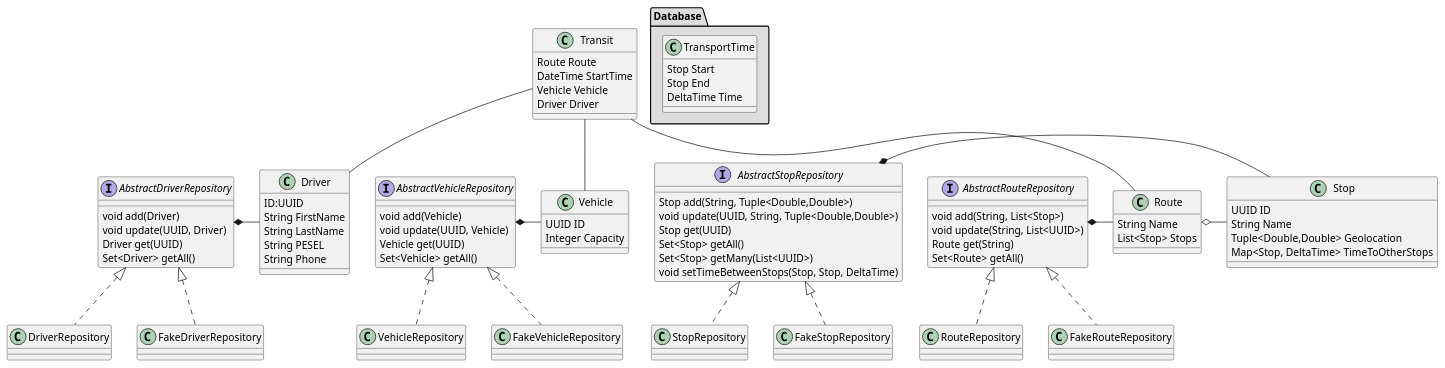
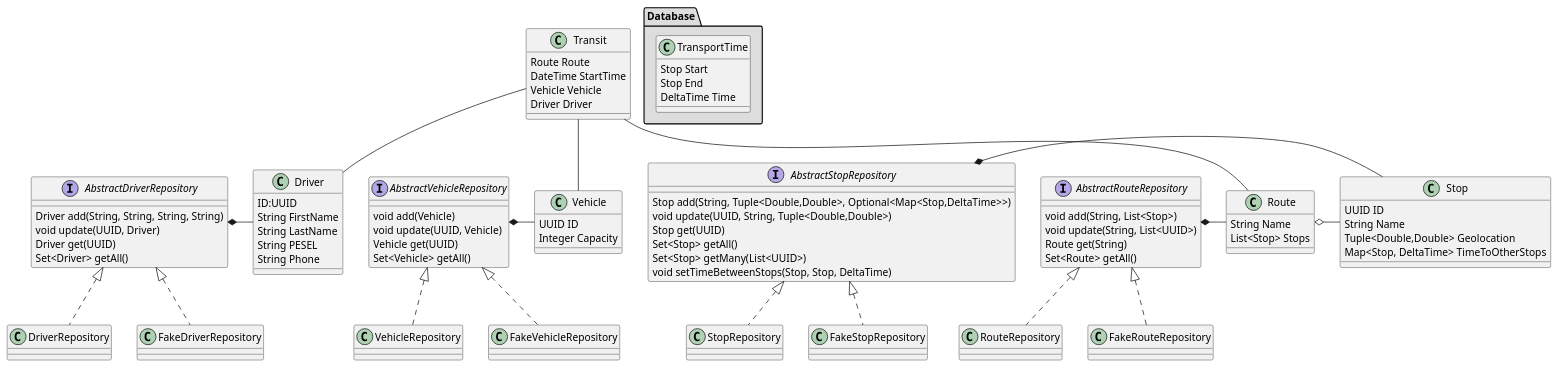
The diagram in projektowanie_obiektowe/projekt-mpk/class_diagram.puml (PatrykLisik/master-degree), drawn with PlantUML before and after one commit. The commit also changed 12 other files, not shown here.

```diff
--- a/projektowanie_obiektowe/projekt-mpk/class_diagram.puml
+++ b/projektowanie_obiektowe/projekt-mpk/class_diagram.puml
@@ -1,134 +1,134 @@
 @startuml
 'https://plantuml.com/class-diagram
 
 'abstract class AbstractList
 'abstract AbstractCollection
 'interface List
 'interface Collection
 '
 'List <|-- AbstractList
 'Collection <|-- AbstractCollection
 '
 'Collection <|- List
 'AbstractCollection <|- AbstractList
 'AbstractList <|-- ArrayList
 '
 'class ArrayList {
 'Object[] elementData
 'size()
 '}
 '
 'enum TimeUnit {
 'DAYS
 'HOURS
 'MINUTES
 '}
 
 package Database #DDDDDD {
 
     class TransportTime{
     Stop Start
     Stop End
     DeltaTime Time
     }
 
 }
 
 class Stop{
 UUID ID
 String Name
 Tuple<Double,Double> Geolocation
 Map<Stop, DeltaTime> TimeToOtherStops
 }
 
 
 
 class Route {
  String Name
  List<Stop> Stops
 }
 
 
 
 class Transit{
 Route Route
 DateTime StartTime
 Vehicle Vehicle
 Driver Driver
 }
 
 class Vehicle{
 UUID ID
 Integer Capacity
 }
 
 class Driver{
 ID:UUID
 String FirstName
 String LastName
 String PESEL
 String Phone
 }
 
 interface AbstractDriverRepository{
- void add(Driver)
+ Driver add(String, String, String, String)
  void update(UUID, Driver)
  Driver get(UUID)
  Set<Driver> getAll()
 }
 
 class DriverRepository implements AbstractDriverRepository
 class FakeDriverRepository implements AbstractDriverRepository
 
 AbstractDriverRepository *- Driver
 
 
 interface AbstractVehicleRepository{
  void add(Vehicle)
  void update(UUID, Vehicle)
  Vehicle get(UUID)
  Set<Vehicle> getAll()
 }
 
 class VehicleRepository implements AbstractVehicleRepository
 class FakeVehicleRepository implements AbstractVehicleRepository
 
 
 AbstractVehicleRepository *- Vehicle
 
 
 interface AbstractRouteRepository{
  void add(String, List<Stop>)
  void update(String, List<UUID>)
  Route get(String)
  Set<Route> getAll()
 }
 
 class RouteRepository implements AbstractRouteRepository
 class FakeRouteRepository implements AbstractRouteRepository
 
 
 AbstractRouteRepository *- Route
 
 interface AbstractStopRepository{
- Stop add(String, Tuple<Double,Double>)
+ Stop add(String, Tuple<Double,Double>, Optional<Map<Stop,DeltaTime>>)
  void update(UUID, String, Tuple<Double,Double>)
  Stop get(UUID)
  Set<Stop> getAll()
  Set<Stop> getMany(List<UUID>)
  void setTimeBetweenStops(Stop, Stop, DeltaTime)
 }
 
 AbstractStopRepository *- Stop
 class StopRepository implements AbstractStopRepository
 class FakeStopRepository implements AbstractStopRepository
 
 Route o- Stop
 
 Transit -- Route
 Transit -- Vehicle
 Transit -- Driver
 
 
 
 @enduml
```
